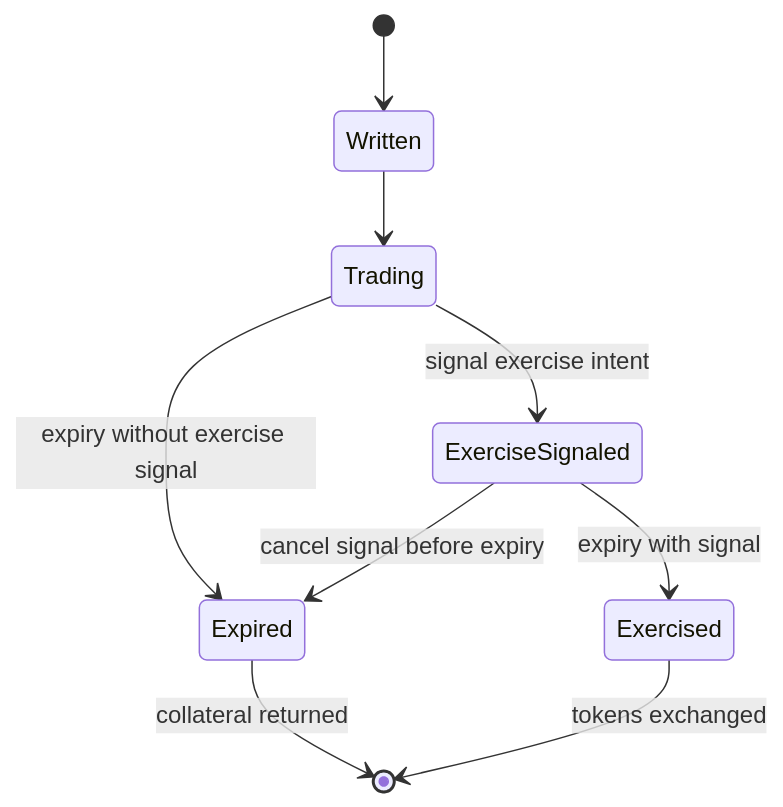
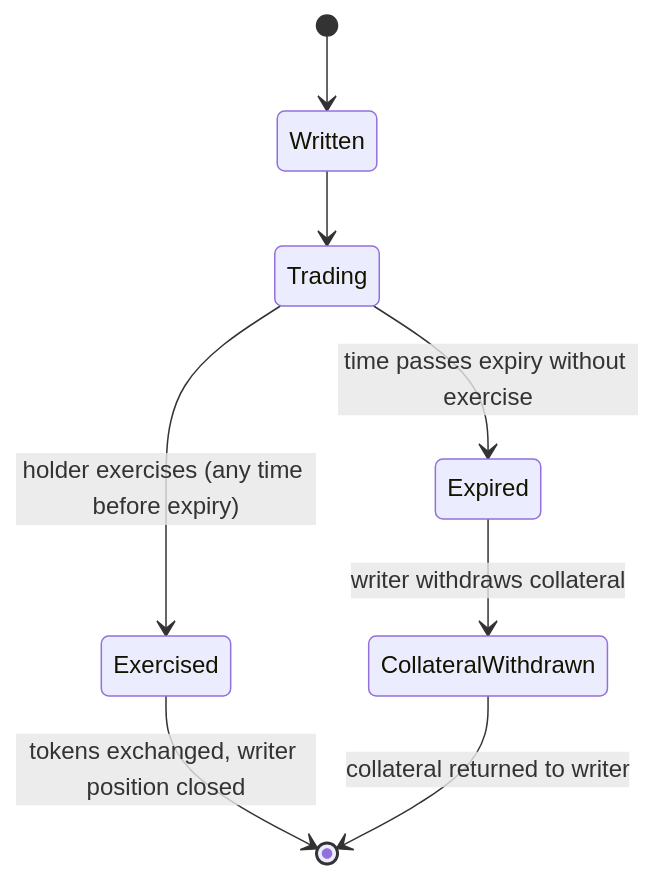
One commit to 0xgleb/optional changed the first of 7 diagrams in SPEC.md. Above: the diagram before and after it, drawn with Mermaid. The commit also changed other lines of this file and 3 other files, not shown here.

````diff
--- a/SPEC.md
+++ b/SPEC.md
@@ -279,11 +237,10 @@
 ```mermaid
 stateDiagram-v2
     [*] --> Written
     Written --> Trading
-    Trading --> Expired: expiry without exercise signal
-    Trading --> ExerciseSignaled: signal exercise intent
-    ExerciseSignaled --> Expired: cancel signal before expiry
-    ExerciseSignaled --> Exercised: expiry with signal
-    Expired --> [*]: collateral returned
-    Exercised --> [*]: tokens exchanged
+    Trading --> Exercised: holder exercises (any time before expiry)
+    Trading --> Expired: time passes expiry without exercise
+    Expired --> CollateralWithdrawn: writer withdraws collateral
+    Exercised --> [*]: tokens exchanged, writer position closed
+    CollateralWithdrawn --> [*]: collateral returned to writer
 ```
````
